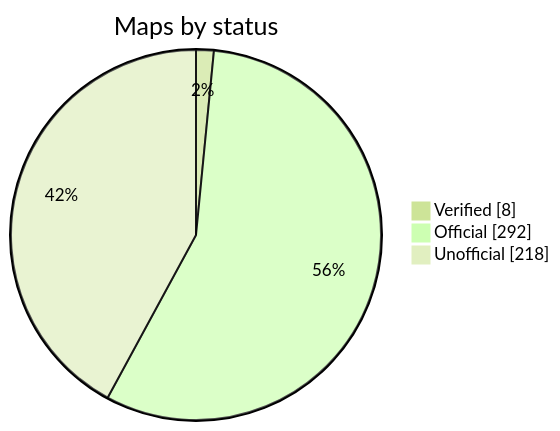
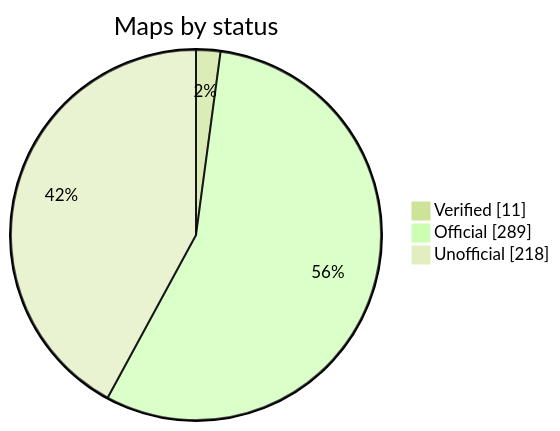
One commit to nobrega8/mbmap-library changed the diagram in README.md. Above: the diagram before and after it, drawn with Mermaid (forest theme). The commit also changed 7 other files, not shown here.

````diff
--- a/README.md
+++ b/README.md
@@ -52,7 +52,7 @@
 ```mermaid
 pie showData
     title Maps by status
-    "Verified" : 8
-    "Official" : 292
+    "Verified" : 11
+    "Official" : 289
     "Unofficial" : 218
 ```
````
